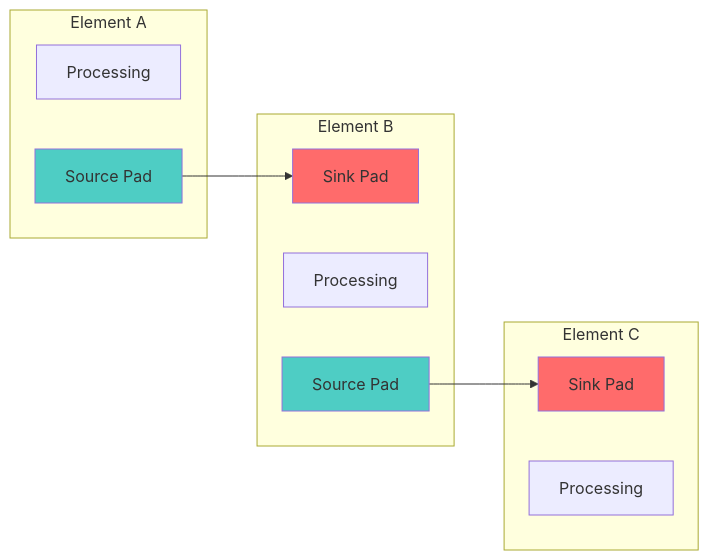
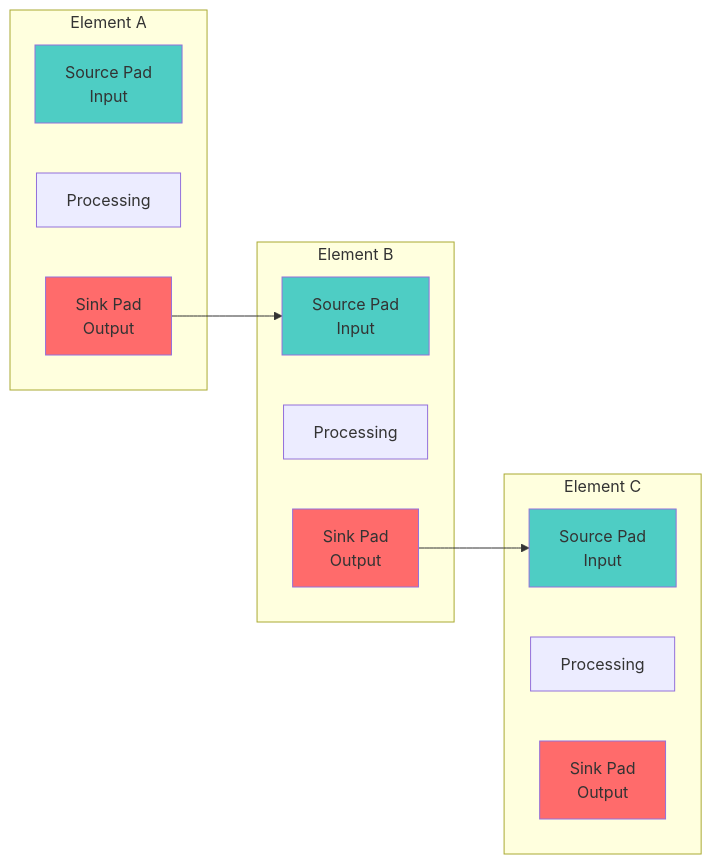
Before and after one commit to PulkitMishra/PulkitMishra.github.io: the second of 12 diagrams in content/blog/teaching-machines-to-notice.md, drawn with Mermaid. The commit also changed other lines of this file, not shown here.

````diff
--- a/content/blog/teaching-machines-to-notice.md
+++ b/content/blog/teaching-machines-to-notice.md
@@ -88,26 +82,30 @@
 ```mermaid
 flowchart LR
     subgraph Element1["Element A"]
+        SRC1[Source Pad<br/>Input]
         E1[Processing]
-        SRC1[Source Pad]
+        SINK1[Sink Pad<br/>Output]
     end
     
     subgraph Element2["Element B"]
-        SINK2[Sink Pad]
+        SRC2[Source Pad<br/>Input]
         E2[Processing]
-        SRC2[Source Pad]
+        SINK2[Sink Pad<br/>Output]
     end
     
     subgraph Element3["Element C"]
-        SINK3[Sink Pad]
+        SRC3[Source Pad<br/>Input]
         E3[Processing]
+        SINK3[Sink Pad<br/>Output]
     end
     
-    SRC1 --> SINK2
-    SRC2 --> SINK3
+    SINK1 --> SRC2
+    SINK2 --> SRC3
     
     style SRC1 fill:#4ecdc4
     style SRC2 fill:#4ecdc4
+    style SRC3 fill:#4ecdc4
+    style SINK1 fill:#ff6b6b
     style SINK2 fill:#ff6b6b
     style SINK3 fill:#ff6b6b
 ```
````
